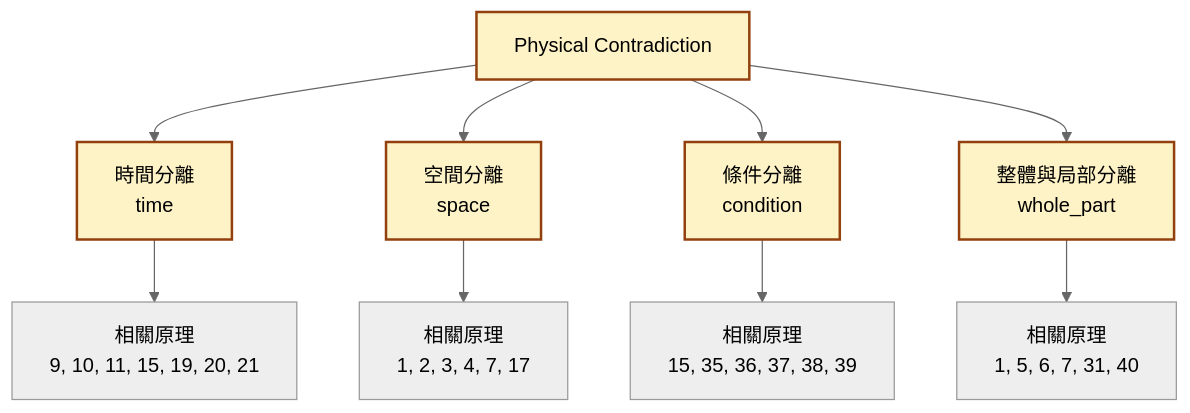
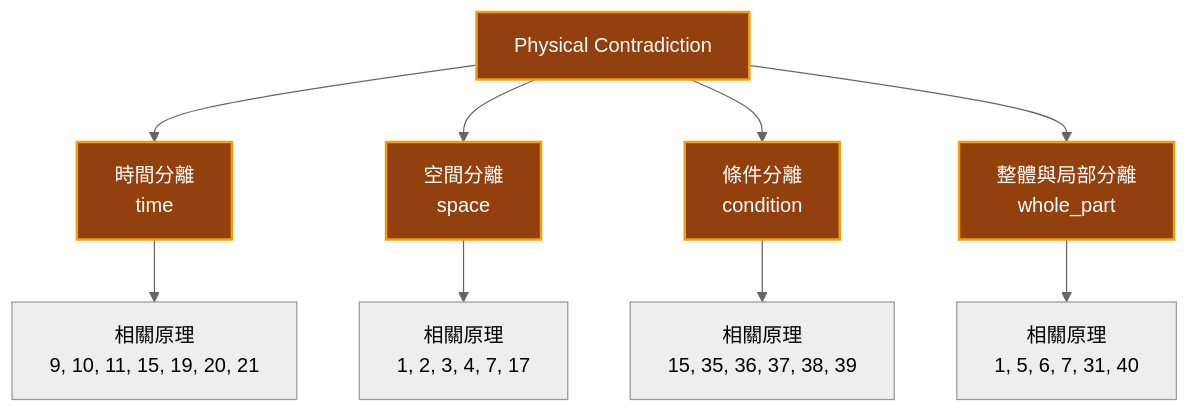
The tenth of 31 diagrams in docs/01-define/diagrams/appendix-b--forward-triz-solver.md (Zenobia0000/RD_copilot_system), drawn with Mermaid before and after one commit. The commit also changed other lines of this file and 10 other files, not shown here.

First line of the commit message:
docs(diagrams): Gate 審計修復 + diagrams 缺失補齊 + Mermaid 暗色配色

````diff
--- a/docs/01-define/diagrams/appendix-b--forward-triz-solver.md
+++ b/docs/01-define/diagrams/appendix-b--forward-triz-solver.md
@@ -549,21 +549,21 @@
 ```mermaid
 %%{init: {'theme': 'neutral'}}%%
 graph TB
     PC[Physical Contradiction]
 
     PC --> S1[時間分離<br/>time]
     PC --> S2[空間分離<br/>space]
     PC --> S3[條件分離<br/>condition]
     PC --> S4[整體與局部分離<br/>whole_part]
 
     S1 --> P1[相關原理<br/>9, 10, 11, 15, 19, 20, 21]
     S2 --> P2[相關原理<br/>1, 2, 3, 4, 7, 17]
     S3 --> P3[相關原理<br/>15, 35, 36, 37, 38, 39]
     S4 --> P4[相關原理<br/>1, 5, 6, 7, 31, 40]
 
-    style PC fill:#fef3c7,stroke:#92400e,stroke-width:2px,color:#000
-    style S1 fill:#fef3c7,stroke:#92400e,stroke-width:2px,color:#000
-    style S2 fill:#fef3c7,stroke:#92400e,stroke-width:2px,color:#000
-    style S3 fill:#fef3c7,stroke:#92400e,stroke-width:2px,color:#000
-    style S4 fill:#fef3c7,stroke:#92400e,stroke-width:2px,color:#000
+    style PC fill:#92400E,color:#fff,stroke:#F59E0B,stroke-width:2px
+    style S1 fill:#92400E,color:#fff,stroke:#F59E0B,stroke-width:2px
+    style S2 fill:#92400E,color:#fff,stroke:#F59E0B,stroke-width:2px
+    style S3 fill:#92400E,color:#fff,stroke:#F59E0B,stroke-width:2px
+    style S4 fill:#92400E,color:#fff,stroke:#F59E0B,stroke-width:2px
 ```
````
